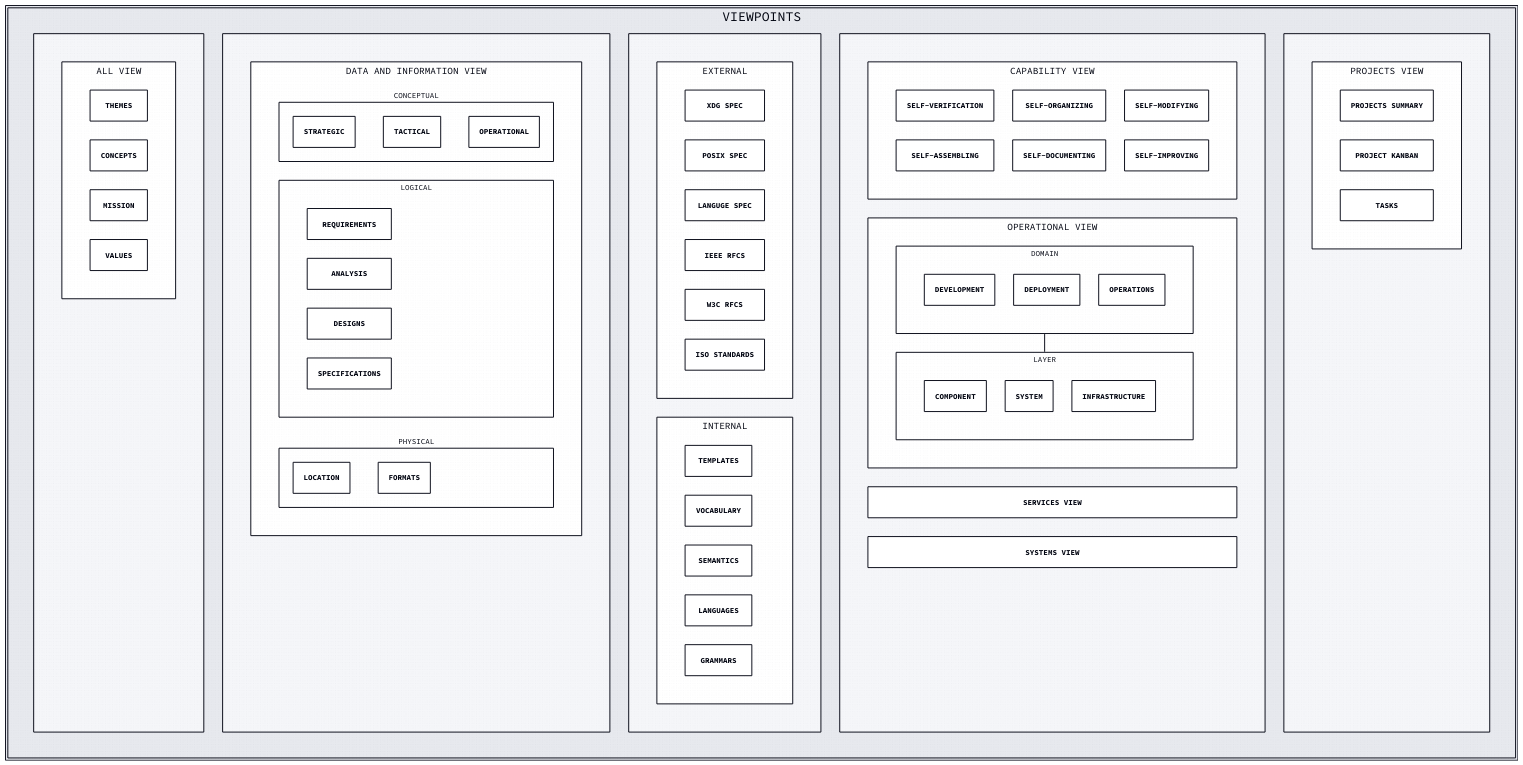
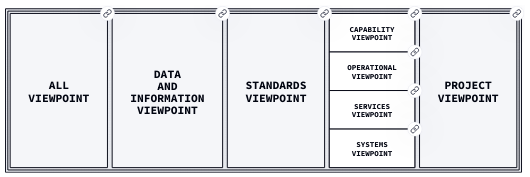
Before and after one commit to SuperPanda/orchestration-architect: the diagram in ARCHITECTURE Sandpit/prototypes/architecture-book-prototype/src/scratchpad/10-architecture-views.md, drawn with D2. The commit also changed other lines of this file and 42 other files, not shown here.

Commit message:
feat: new capability-driven architecture prototype

````diff
--- a/ARCHITECTURE Sandpit/prototypes/architecture-book-prototype/src/scratchpad/10-architecture-views.md
+++ b/ARCHITECTURE Sandpit/prototypes/architecture-book-prototype/src/scratchpad/10-architecture-views.md
@@ -5,115 +3,45 @@
 ```d2
 vars: {
-  d2-config: {
+  d2-config: { layout-engine: elk; theme-id: 300; }
+}
 
-    layout-engine: elk
+classes: {
+    column: { label: ""; grid-columns: 1; grid-gap: 0; }
+    container: { grid-rows: 1; grid-gap: 0; }
+}
 
-    # Terminal theme code
+style.fill: "transparent";
+*.class: container;
 
-    theme-id: 300
-
-  }
-}
-classes: {
-    column: {
-        label: ""
-        grid-columns: 1;
-    }
-    container: {
-        grid-rows: 1;
-    }
-}
-style.fill: transparent;
 Viewpoints.column*.class: column 
 Viewpoints.class: container;
+
+grid-gap: 0;
 Viewpoints: {
-    column-1: {
-        All View: {
-            grid-columns: 1;
-            Themes;
-            Concepts;
-            Mission;
-            Values;            
+    label: ""
+    grid-gap: 10;
+    column-1: { 
+        label: "ALL\nVIEWPOINT";
+        link: "#all-viewpoint"
         }
-    }
     column-2: {
-        Data and Information View: {
-            grid-columns: 1;
-            Conceptual: {
-                Strategic;
-                Tactical;
-                Operational;
-                
-            }
-            Logical: {                              
-                grid-columns: 1;
-                Requirements;
-                Analysis;
-                Designs;
-                Specifications;
-            }
-            Physical: {
-                Location;
-                Formats;
-            }
-        }
+        label: "DATA\nAND\nINFORMATION\nVIEWPOINT";
+        link: "#data-and-information-viewpoint"
     }
     column-3: {
-        External: {
-            grid-columns: 1;
-            XDG SPEC;
-            POSIX SPEC;
-            Languge SPEC;
-            IEEE RFCs;
-            W3C RFCs;
-            ISO Standards;
-        }
-        Internal: {
-            grid-columns: 1;
-            Templates;
-            Vocabulary;
-            Semantics;
-            Languages;
-            Grammars;
-        }
+        label: "STANDARDS\nVIEWPOINT"
+        link: "#standards-viewpoint"
     }
     column-4: {
-        Capability View: {        
-            grid-columns: 3;
-            Self-Verification;
-            Self-Assembling;
-            Self-Organizing;
-            Self-Documenting;
-            Self-Modifying;            
-            Self-Improving;
-        }
-        Operational View:  {            
-            grid-columns: 1;
-            grid-rows: 2;        
-            Domain: {
-                grid-rows: 1;
-                Development;
-                Deployment;
-                Operations;
-            }
-            Layer: {
-                grid-rows: 1;
-                Component;
-                System;
-                Infrastructure;
-            }
-            Domain -- Layer;
-        }
-        Services View: { }
-        Systems View: { }
+        grid-gap: 0;
+        CAPABILITY\nVIEWPOINT: { link: "#capability-viewpoint" };
+        OPERATIONAL\nVIEWPOINT: { link: "#operational-viewpoint" };
+        SERVICES\nVIEWPOINT: { link: "#services-viewpoint"};
+        SYSTEMS\nVIEWPOINT: { link: "#systems-viewpoint" };
     }   
     column-5: {
-        Projects View: {
-            grid-columns: 1;
-            Projects Summary;
-            Project Kanban; 
-            Tasks;                        
-        }
+        label: "PROJECT\nVIEWPOINT"
+        link: "#project-viewpoint"
     }
 }
 
````
